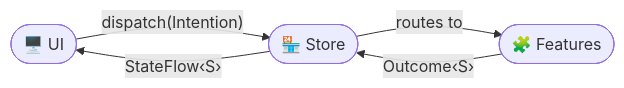
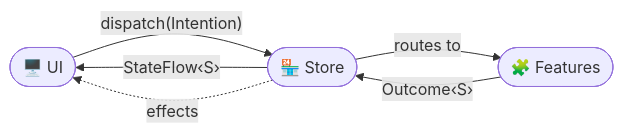
The first of 3 diagrams in site-docs/architecture.md (ktomek/yamv), drawn with Mermaid before and after one commit.

Commit message:
docs: add effects arrow from Store to UI in data flow diagram

````diff
--- a/site-docs/architecture.md
+++ b/site-docs/architecture.md
@@ -7,10 +7,11 @@
 ``` mermaid
 flowchart LR
     UI(["🖥️ UI"])
     UI -->|"dispatch(Intention)"| Store
     Store(["🏪 Store"])
     Store -->|"routes to"| Features
     Features(["🧩 Features"])
     Features -->|"Outcome‹S›"| Store
     Store -->|"StateFlow‹S›"| UI
+    Store -.->|"effects"| UI
 ```
````
